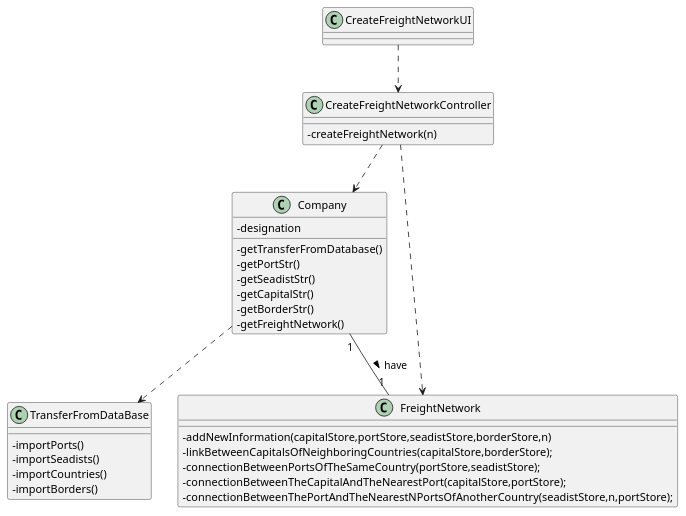
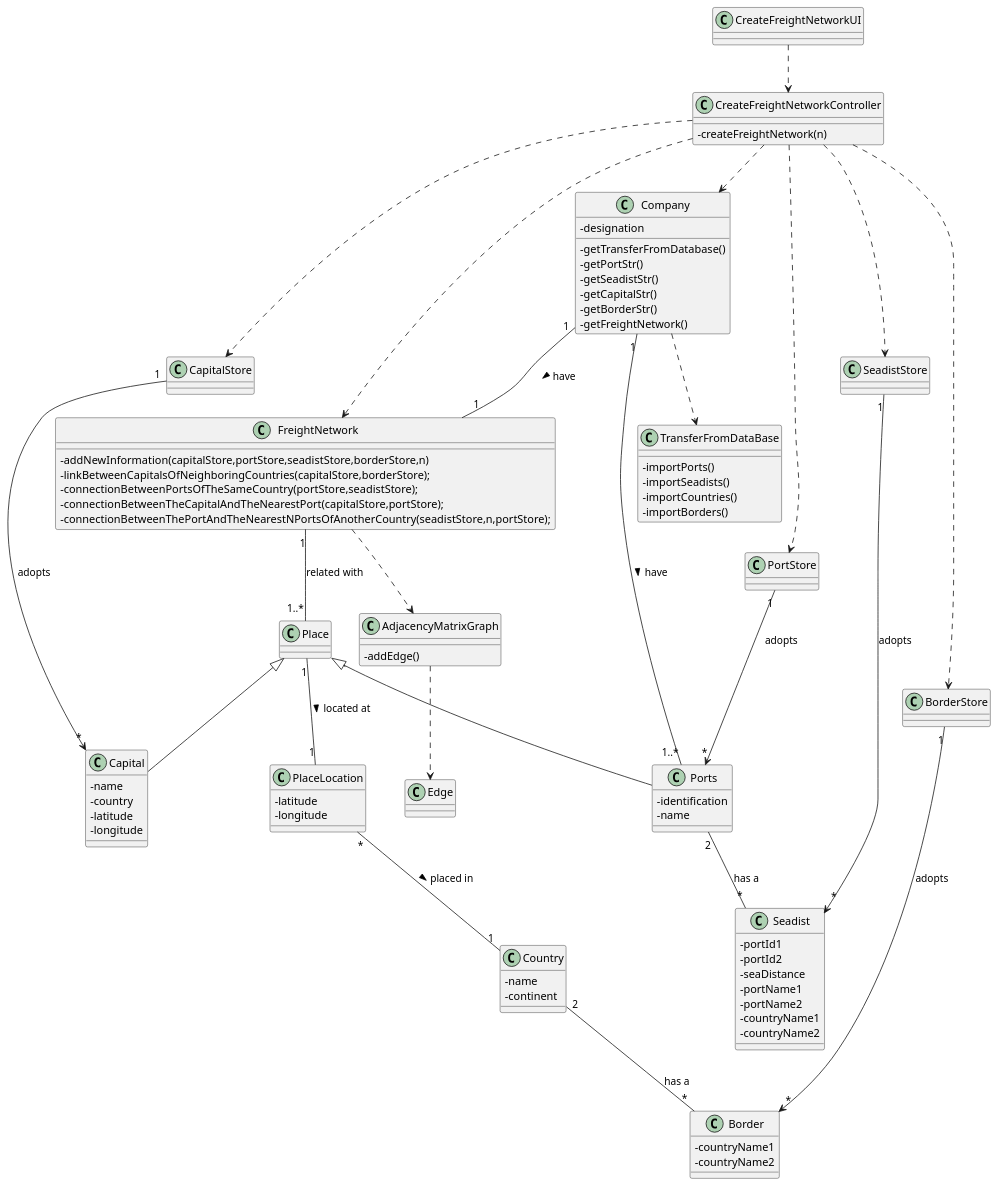
The diagram in docs/US301/US301_CD.puml (0franciscor/lapr3-2021-g042), drawn with PlantUML before and after one commit. The commit also changed 4 other files, not shown here.

```diff
--- a/docs/US301/US301_CD.puml
+++ b/docs/US301/US301_CD.puml
@@ -1,48 +1,132 @@
 @startuml
 'https://plantuml.com/class-diagram
 
 skinparam classAttributeIconSize 0
 
 
 
 class CreateFreightNetworkUI {}
 
 class CreateFreightNetworkController {
 -createFreightNetwork(n)
 }
 
 class Company {
 -designation
 -getTransferFromDatabase()
 -getPortStr()
 -getSeadistStr()
 -getCapitalStr()
 -getBorderStr()
 -getFreightNetwork()
 }
 
 class TransferFromDataBase {
 -importPorts()
 -importSeadists()
 -importCountries()
 -importBorders()
 }
 
 class FreightNetwork {
 -addNewInformation(capitalStore,portStore,seadistStore,borderStore,n)
 -linkBetweenCapitalsOfNeighboringCountries(capitalStore,borderStore);
 -connectionBetweenPortsOfTheSameCountry(portStore,seadistStore);
 -connectionBetweenTheCapitalAndTheNearestPort(capitalStore,portStore);
 -connectionBetweenThePortAndTheNearestNPortsOfAnotherCountry(seadistStore,n,portStore);
 }
 
+class PortStore {
 
+}
+
+class SeadistStore {
+
+}
+
+class CapitalStore {
+
+}
+
+class BorderStore {
+
+}
+
+class Ports {
+-identification
+-name
+}
+
+
+class Country {
+-name
+-continent
+}
+
+class PlaceLocation {
+-latitude
+-longitude
+}
+
+class Capital{
+-name
+-country
+-latitude
+-longitude
+}
+
+class Place {
+
+}
+
+class Border {
+-countryName1
+-countryName2
+}
+
+class Seadist {
+-portId1
+-portId2
+-seaDistance
+-portName1
+-portName2
+-countryName1
+-countryName2
+}
+
+class AdjacencyMatrixGraph {
+-addEdge()
+
+}
+
+class Edge {
+
+}
 
 CreateFreightNetworkUI ..> CreateFreightNetworkController
 
 CreateFreightNetworkController ..> Company
 CreateFreightNetworkController ..> FreightNetwork
 
 Company "1"--"1" FreightNetwork: have >
 Company ..> TransferFromDataBase
+FreightNetwork ..> AdjacencyMatrixGraph
+AdjacencyMatrixGraph ..> Edge
+CreateFreightNetworkController ..> PortStore
+CreateFreightNetworkController ..> SeadistStore
+CreateFreightNetworkController ..> BorderStore
+Company "1"--"1..*" Ports: have >
+PortStore "1"--> "*" Ports : adopts
+SeadistStore "1"--> "*" Seadist : adopts
+BorderStore "1"--> "*" Border : adopts
+
+Ports "2"--"*" Seadist: has a
+FreightNetwork "1" -- "1..*" Place : related with
+Place <|-- Capital
+Place <|-- Ports
+Country "2" -- "*" Border : has a
+PlaceLocation "*" -- "1" Country : placed in >
+Place "1" -- "1" PlaceLocation : located at >
+CreateFreightNetworkController ..> CapitalStore
+CapitalStore "1"--> "*" Capital : adopts
 @enduml
```
